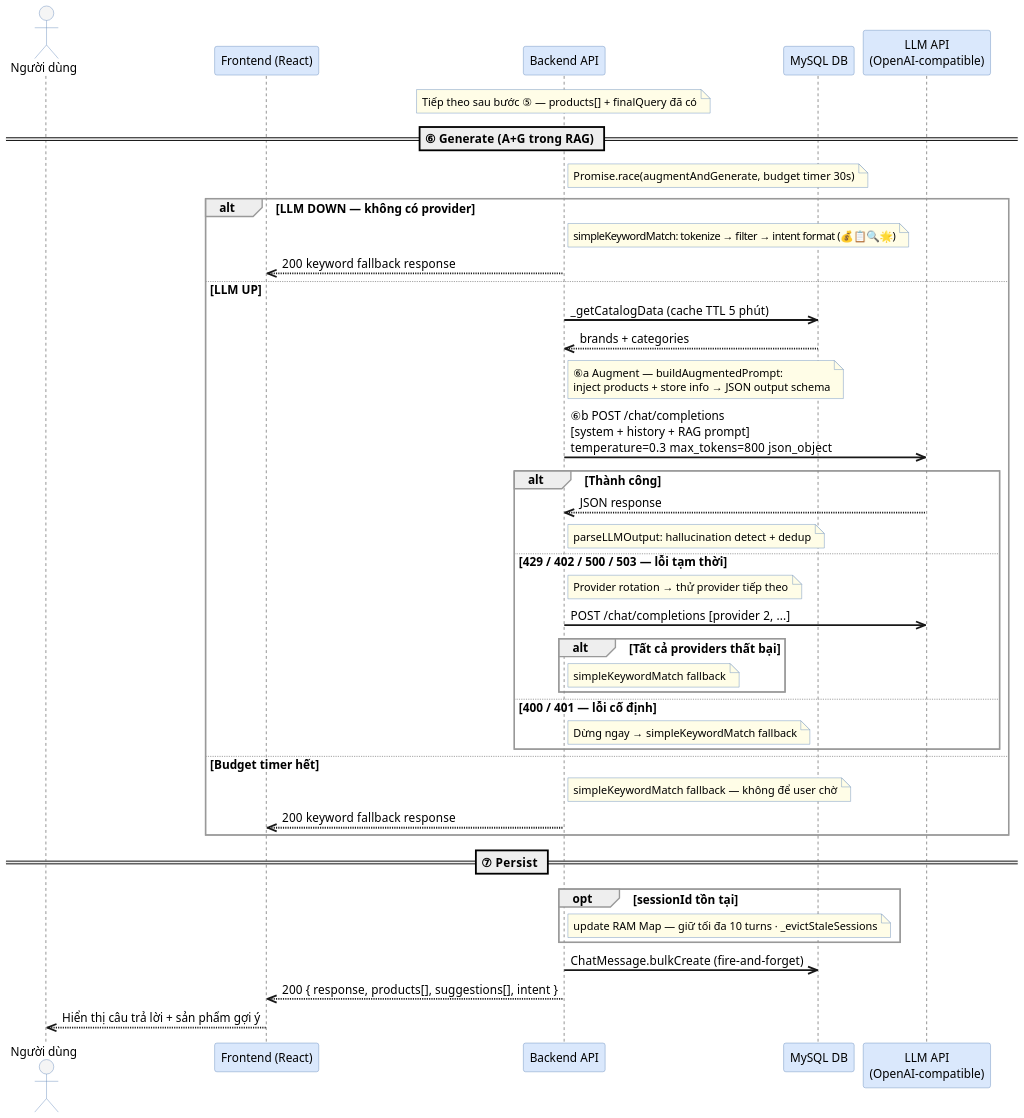
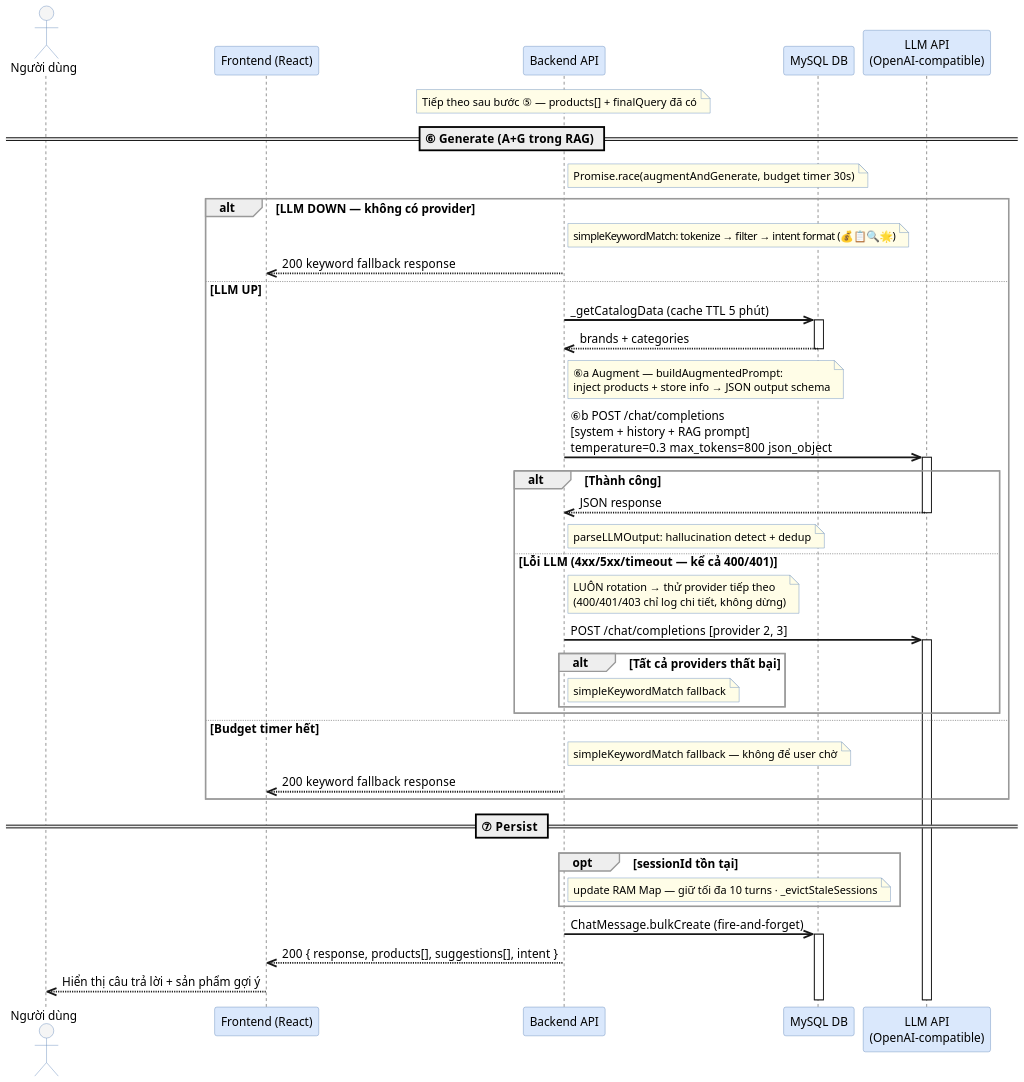
One commit to MinhThang1009/E-commerce-website changed the diagram in diagrams/sequence/sequence-03c-chatbot-generate.puml. Above: the diagram before and after it, drawn with PlantUML. The commit also changed 32 other files, not shown here.

```diff
--- a/diagrams/sequence/sequence-03c-chatbot-generate.puml
+++ b/diagrams/sequence/sequence-03c-chatbot-generate.puml
@@ -1,78 +1,77 @@
 @startuml sequence-03c-chatbot-generate
+autoactivate on
 ' Sơ đồ sequence — Chatbot RAG (3c): Generate & Persist (§3.3c)
 ' Ground-truth: chatbot-service.js:327-379, augmentAndGenerate:685-800
 
 skinparam backgroundColor #FFFFFF
 skinparam shadowing false
 skinparam dpi 150
 skinparam sequenceArrowThickness 2
 skinparam sequenceGroupBorderThickness 1.5
 skinparam sequenceGroupBorderColor #999999
 skinparam sequenceParticipant {
   BorderColor #6C8EBF
   BackgroundColor #DAE8FC
 }
 skinparam sequenceActor {
   BackgroundColor #f5f5f5
   BorderColor #6C8EBF
 }
 skinparam noteBorderColor #6C8EBF
 skinparam noteBackgroundColor #fffde7
 skinparam responseMessageBelowArrow true
 skinparam defaultFontSize 13
 skinparam noteFontSize 12
 skinparam sequenceParticipantFontSize 13
 
 actor "Người dùng" as User
 participant "Frontend (React)" as FE
 participant "Backend API" as API
 participant "MySQL DB" as DB
 participant "LLM API\n(OpenAI-compatible)" as LLM
 
 note over API: Tiếp theo sau bước ⑤ — products[] + finalQuery đã có
 
 == ⑥  Generate (A+G trong RAG) ==
 
 note right of API: Promise.race(augmentAndGenerate, budget timer 30s)
 
 alt LLM DOWN — không có provider
   note right of API: simpleKeywordMatch: tokenize → filter → intent format (💰📋🔍🌟)
   API -->> FE : 200  keyword fallback response
 else LLM UP
   API ->> DB : _getCatalogData  (cache TTL 5 phút)
   DB -->> API : brands + categories
 
   note right of API
     ⑥a Augment — buildAugmentedPrompt:
     inject products + store info → JSON output schema
   end note
 
   API ->> LLM : ⑥b POST /chat/completions\n[system + history + RAG prompt]\ntemperature=0.3  max_tokens=800  json_object
   alt Thành công
     LLM -->> API : JSON response
     note right of API: parseLLMOutput: hallucination detect + dedup
-  else 429 / 402 / 500 / 503 — lỗi tạm thời
-    note right of API: Provider rotation → thử provider tiếp theo
-    API ->> LLM : POST /chat/completions  [provider 2, ...]
+  else Lỗi LLM (4xx/5xx/timeout — kể cả 400/401)
+    note right of API: LUÔN rotation → thử provider tiếp theo\n(400/401/403 chỉ log chi tiết, không dừng)
+    API ->> LLM : POST /chat/completions  [provider 2, 3]
     alt Tất cả providers thất bại
       note right of API: simpleKeywordMatch fallback
     end
-  else 400 / 401 — lỗi cố định
-    note right of API: Dừng ngay → simpleKeywordMatch fallback
   end
 else Budget timer hết
   note right of API: simpleKeywordMatch fallback — không để user chờ
   API -->> FE : 200  keyword fallback response
 end
 
 == ⑦  Persist ==
 
 opt sessionId tồn tại
   note right of API: update RAM Map — giữ tối đa 10 turns · _evictStaleSessions
 end
 
 API ->> DB : ChatMessage.bulkCreate  (fire-and-forget)
 API -->> FE : 200  { response, products[], suggestions[], intent }
 FE -->> User : Hiển thị câu trả lời + sản phẩm gợi ý
 
 @enduml
```
